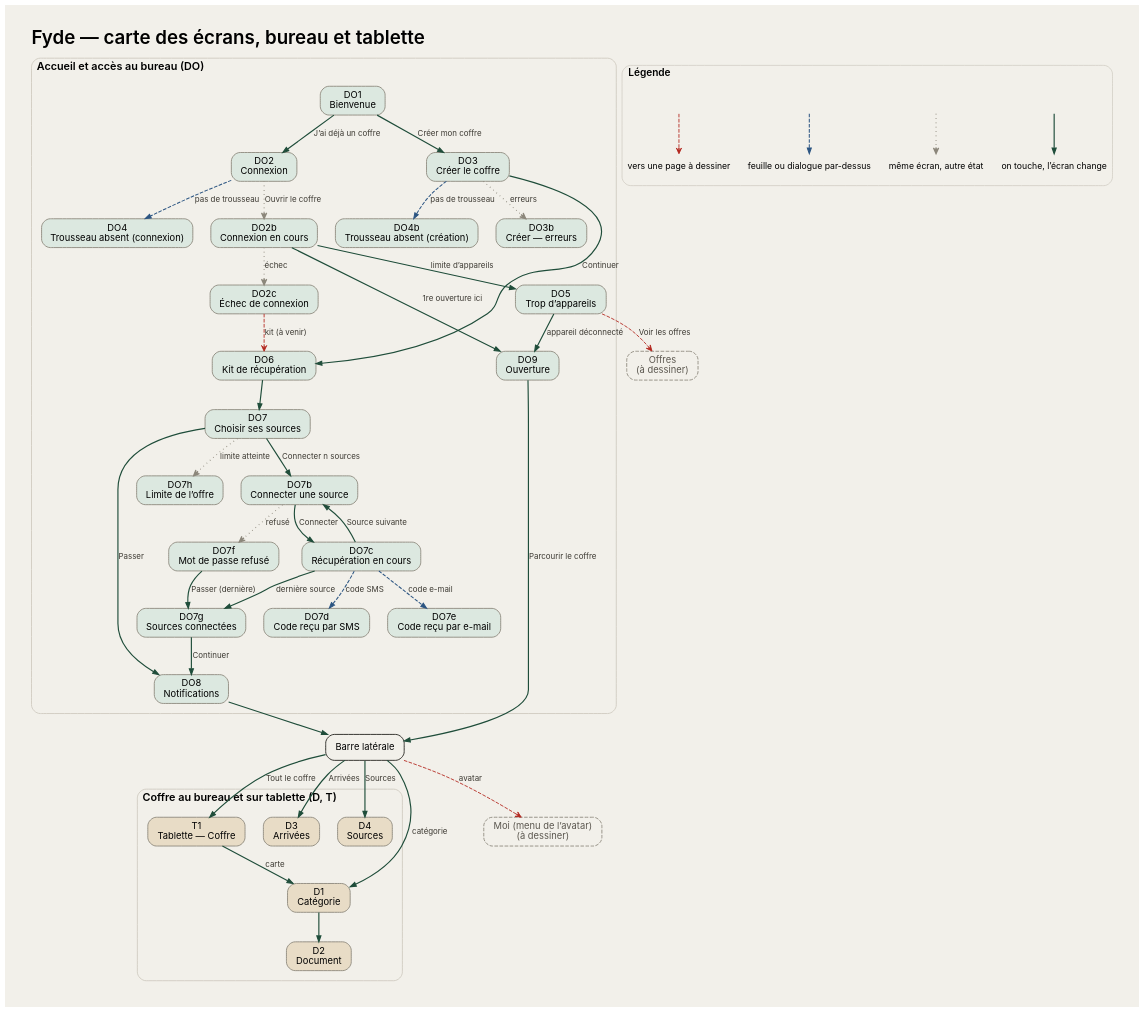
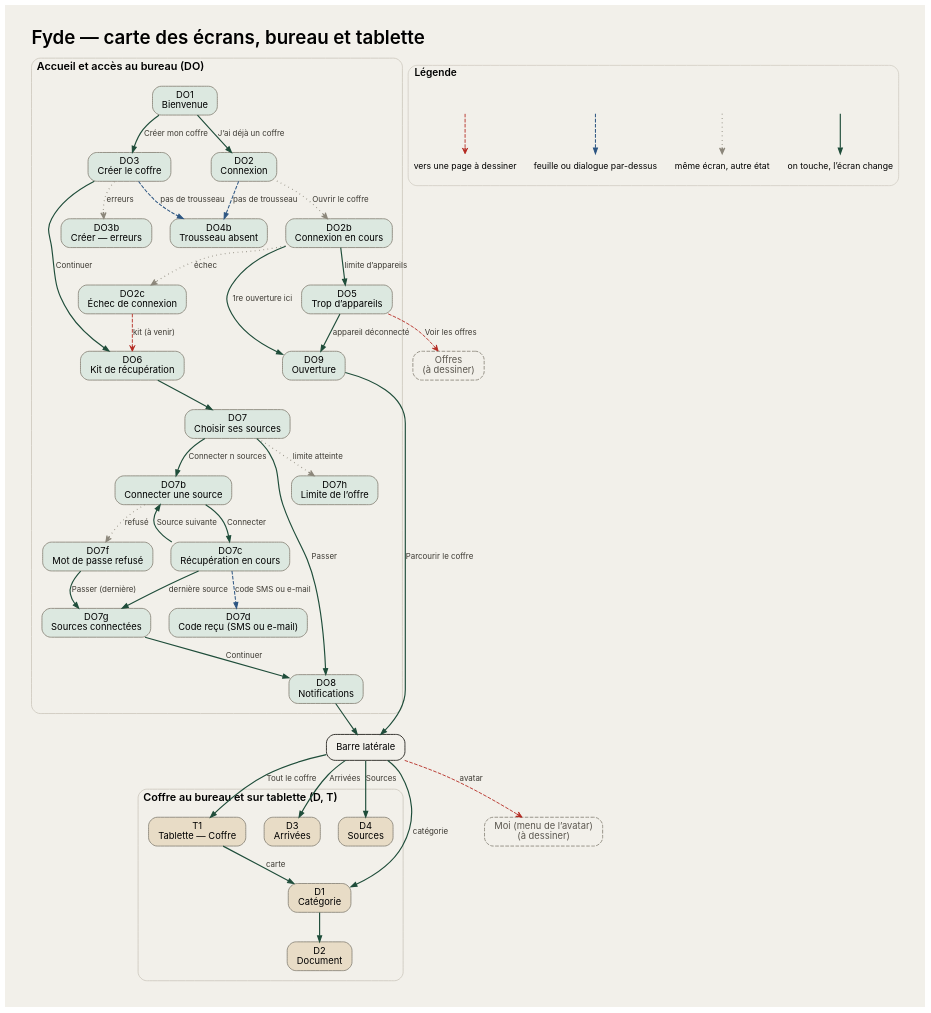
Before and after one commit to fyde-lab/application: the diagram in design/assets/maps/carte-bureau.dot, drawn with Graphviz. The commit also changed 12 other files, not shown here.

```diff
--- a/design/assets/maps/carte-bureau.dot
+++ b/design/assets/maps/carte-bureau.dot
@@ -1,79 +1,76 @@
 digraph "carte-bureau" {
 rankdir=TB; newrank=true; compound=true; nodesep=0.35; ranksep=0.55;
 label="Fyde — carte des écrans, bureau et tablette"; labelloc=t; labeljust=l; fontsize=26; fontname="Inter SemiBold"; pad=0.4; bgcolor="#F2F0EA";
 node [fontname="Inter" fontsize=13 margin="0.18,0.08" penwidth=1.2];
 edge [fontname="Inter" fontsize=11 fontcolor="#3d3a33" arrowsize=0.8];
 "PLANS" [label="Offres\n(à dessiner)" shape=box style="rounded,dashed,filled" color="#8C877B" fillcolor="#F2F0EA" fontcolor="#5B574F"];
 subgraph "cluster_donb" { label="Accueil et accès au bureau (DO)"; fontname="Inter SemiBold"; fontsize=15; style="rounded"; color="#CFCAC0"; penwidth=1.2; margin=14;
   "DO1" [label="DO1\nBienvenue" shape=box style="rounded,filled" color="#8C877B" fillcolor="#DCE8E0"];
   "DO2" [label="DO2\nConnexion" shape=box style="rounded,filled" color="#8C877B" fillcolor="#DCE8E0"];
   "DO2b" [label="DO2b\nConnexion en cours" shape=box style="rounded,filled" color="#8C877B" fillcolor="#DCE8E0"];
   "DO2c" [label="DO2c\nÉchec de connexion" shape=box style="rounded,filled" color="#8C877B" fillcolor="#DCE8E0"];
   "DO3" [label="DO3\nCréer le coffre" shape=box style="rounded,filled" color="#8C877B" fillcolor="#DCE8E0"];
   "DO3b" [label="DO3b\nCréer — erreurs" shape=box style="rounded,filled" color="#8C877B" fillcolor="#DCE8E0"];
-  "DO4" [label="DO4\nTrousseau absent (connexion)" shape=box style="rounded,filled" color="#8C877B" fillcolor="#DCE8E0"];
-  "DO4b" [label="DO4b\nTrousseau absent (création)" shape=box style="rounded,filled" color="#8C877B" fillcolor="#DCE8E0"];
+  "DO4b" [label="DO4b\nTrousseau absent" shape=box style="rounded,filled" color="#8C877B" fillcolor="#DCE8E0"];
   "DO5" [label="DO5\nTrop d’appareils" shape=box style="rounded,filled" color="#8C877B" fillcolor="#DCE8E0"];
   "DO6" [label="DO6\nKit de récupération" shape=box style="rounded,filled" color="#8C877B" fillcolor="#DCE8E0"];
   "DO7" [label="DO7\nChoisir ses sources" shape=box style="rounded,filled" color="#8C877B" fillcolor="#DCE8E0"];
   "DO7h" [label="DO7h\nLimite de l’offre" shape=box style="rounded,filled" color="#8C877B" fillcolor="#DCE8E0"];
   "DO7b" [label="DO7b\nConnecter une source" shape=box style="rounded,filled" color="#8C877B" fillcolor="#DCE8E0"];
   "DO7c" [label="DO7c\nRécupération en cours" shape=box style="rounded,filled" color="#8C877B" fillcolor="#DCE8E0"];
-  "DO7d" [label="DO7d\nCode reçu par SMS" shape=box style="rounded,filled" color="#8C877B" fillcolor="#DCE8E0"];
-  "DO7e" [label="DO7e\nCode reçu par e-mail" shape=box style="rounded,filled" color="#8C877B" fillcolor="#DCE8E0"];
+  "DO7d" [label="DO7d\nCode reçu (SMS ou e-mail)" shape=box style="rounded,filled" color="#8C877B" fillcolor="#DCE8E0"];
   "DO7f" [label="DO7f\nMot de passe refusé" shape=box style="rounded,filled" color="#8C877B" fillcolor="#DCE8E0"];
   "DO7g" [label="DO7g\nSources connectées" shape=box style="rounded,filled" color="#8C877B" fillcolor="#DCE8E0"];
   "DO8" [label="DO8\nNotifications" shape=box style="rounded,filled" color="#8C877B" fillcolor="#DCE8E0"];
   "DO9" [label="DO9\nOuverture" shape=box style="rounded,filled" color="#8C877B" fillcolor="#DCE8E0"];
 }
 "SIDE" [label="Barre latérale" shape=box style="rounded,bold" color="#1C1B17" fillcolor="#FFFFFF"];
 subgraph "cluster_dapp" { label="Coffre au bureau et sur tablette (D, T)"; fontname="Inter SemiBold"; fontsize=15; style="rounded"; color="#CFCAC0"; penwidth=1.2; margin=14;
   "T1" [label="T1\nTablette — Coffre" shape=box style="rounded,filled" color="#8C877B" fillcolor="#E8DCC6"];
   "D1" [label="D1\nCatégorie" shape=box style="rounded,filled" color="#8C877B" fillcolor="#E8DCC6"];
   "D2" [label="D2\nDocument" shape=box style="rounded,filled" color="#8C877B" fillcolor="#E8DCC6"];
   "D3" [label="D3\nArrivées" shape=box style="rounded,filled" color="#8C877B" fillcolor="#E8DCC6"];
   "D4" [label="D4\nSources" shape=box style="rounded,filled" color="#8C877B" fillcolor="#E8DCC6"];
 }
 "DMOI" [label="Moi (menu de l’avatar)\n(à dessiner)" shape=box style="rounded,dashed,filled" color="#8C877B" fillcolor="#F2F0EA" fontcolor="#5B574F"];
 "DO1" -> "DO2" [color="#1F4D3A" penwidth=1.6 label="J’ai déjà un coffre"];
 "DO1" -> "DO3" [color="#1F4D3A" penwidth=1.6 label="Créer mon coffre"];
 "DO2" -> "DO2b" [color="#8C877B" style=dotted penwidth=1.6 arrowhead=open label="Ouvrir le coffre"];
 "DO2b" -> "DO2c" [color="#8C877B" style=dotted penwidth=1.6 arrowhead=open label="échec"];
-"DO2" -> "DO4" [color="#2C5582" style=dashed penwidth=1.4 label="pas de trousseau"];
+"DO2" -> "DO4b" [color="#2C5582" style=dashed penwidth=1.4 label="pas de trousseau"];
 "DO2b" -> "DO5" [color="#1F4D3A" penwidth=1.6 label="limite d’appareils"];
 "DO2b" -> "DO9" [color="#1F4D3A" penwidth=1.6 label="1re ouverture ici"];
 "DO5" -> "DO9" [color="#1F4D3A" penwidth=1.6 label="appareil déconnecté"];
 "DO5" -> "PLANS" [color="#B3261E" style=dashed penwidth=1.2 arrowhead=open label="Voir les offres"];
 "DO2c" -> "DO6" [color="#B3261E" style=dashed penwidth=1.2 arrowhead=open label="kit (à venir)"];
 "DO3" -> "DO3b" [color="#8C877B" style=dotted penwidth=1.6 arrowhead=open label="erreurs"];
 "DO3" -> "DO4b" [color="#2C5582" style=dashed penwidth=1.4 label="pas de trousseau"];
 "DO3" -> "DO6" [color="#1F4D3A" penwidth=1.6 label="Continuer"];
 "DO6" -> "DO7" [color="#1F4D3A" penwidth=1.6];
 "DO7" -> "DO7h" [color="#8C877B" style=dotted penwidth=1.6 arrowhead=open label="limite atteinte"];
 "DO7" -> "DO7b" [color="#1F4D3A" penwidth=1.6 label="Connecter n sources"];
 "DO7" -> "DO8" [color="#1F4D3A" penwidth=1.6 label="Passer"];
 "DO7b" -> "DO7c" [color="#1F4D3A" penwidth=1.6 label="Connecter"];
 "DO7b" -> "DO7f" [color="#8C877B" style=dotted penwidth=1.6 arrowhead=open label="refusé"];
-"DO7c" -> "DO7d" [color="#2C5582" style=dashed penwidth=1.4 label="code SMS"];
-"DO7c" -> "DO7e" [color="#2C5582" style=dashed penwidth=1.4 label="code e-mail"];
+"DO7c" -> "DO7d" [color="#2C5582" style=dashed penwidth=1.4 label="code SMS ou e-mail"];
 "DO7c" -> "DO7b" [color="#1F4D3A" penwidth=1.6 label="Source suivante"];
 "DO7c" -> "DO7g" [color="#1F4D3A" penwidth=1.6 label="dernière source"];
 "DO7f" -> "DO7g" [color="#1F4D3A" penwidth=1.6 label="Passer (dernière)"];
 "DO7g" -> "DO8" [color="#1F4D3A" penwidth=1.6 label="Continuer"];
 "DO8" -> "SIDE" [color="#1F4D3A" penwidth=1.6];
 "DO9" -> "SIDE" [color="#1F4D3A" penwidth=1.6 label="Parcourir le coffre"];
 "SIDE" -> "T1" [color="#1F4D3A" penwidth=1.6 label="Tout le coffre"];
 "SIDE" -> "D1" [color="#1F4D3A" penwidth=1.6 label="catégorie"];
 "SIDE" -> "D3" [color="#1F4D3A" penwidth=1.6 label="Arrivées"];
 "SIDE" -> "D4" [color="#1F4D3A" penwidth=1.6 label="Sources"];
 "SIDE" -> "DMOI" [color="#B3261E" style=dashed penwidth=1.2 arrowhead=open label="avatar"];
 "D1" -> "D2" [color="#1F4D3A" penwidth=1.6];
 "T1" -> "D1" [color="#1F4D3A" penwidth=1.6 label="carte"];
 subgraph cluster_legend { label="Légende"; fontname="Inter SemiBold"; fontsize=14; style=rounded; color="#CFCAC0";
   node [shape=plaintext fontsize=12 margin=0];
   la [label=""]; lb [label="on touche, l’écran change"]; lc [label=""]; ld [label="même écran, autre état"];
   le [label=""]; lf [label="feuille ou dialogue par-dessus"]; lg [label=""]; lh [label="vers une page à dessiner"];
   la -> lb [color="#1F4D3A" penwidth=1.6]; lc -> ld [color="#8C877B" style=dotted penwidth=1.6 arrowhead=open];
   le -> lf [color="#2C5582" style=dashed penwidth=1.4]; lg -> lh [color="#B3261E" style=dashed penwidth=1.2 arrowhead=open];
 }
 }
```
